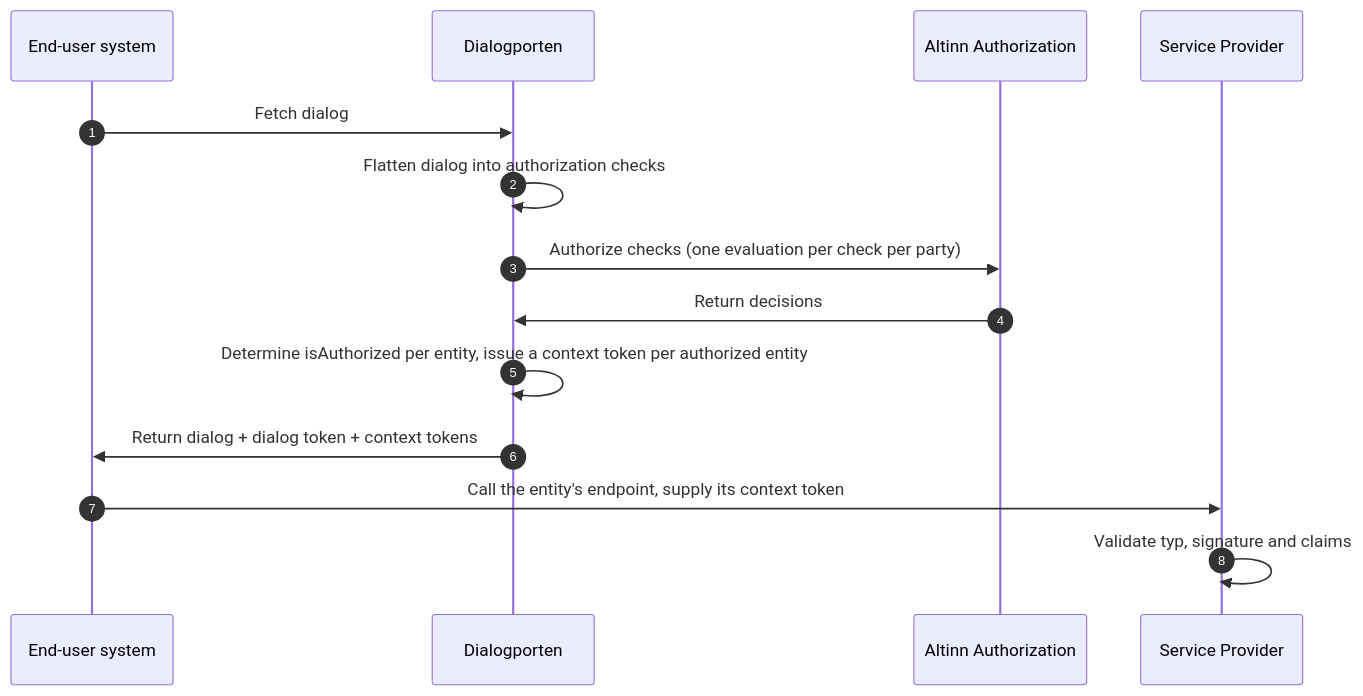
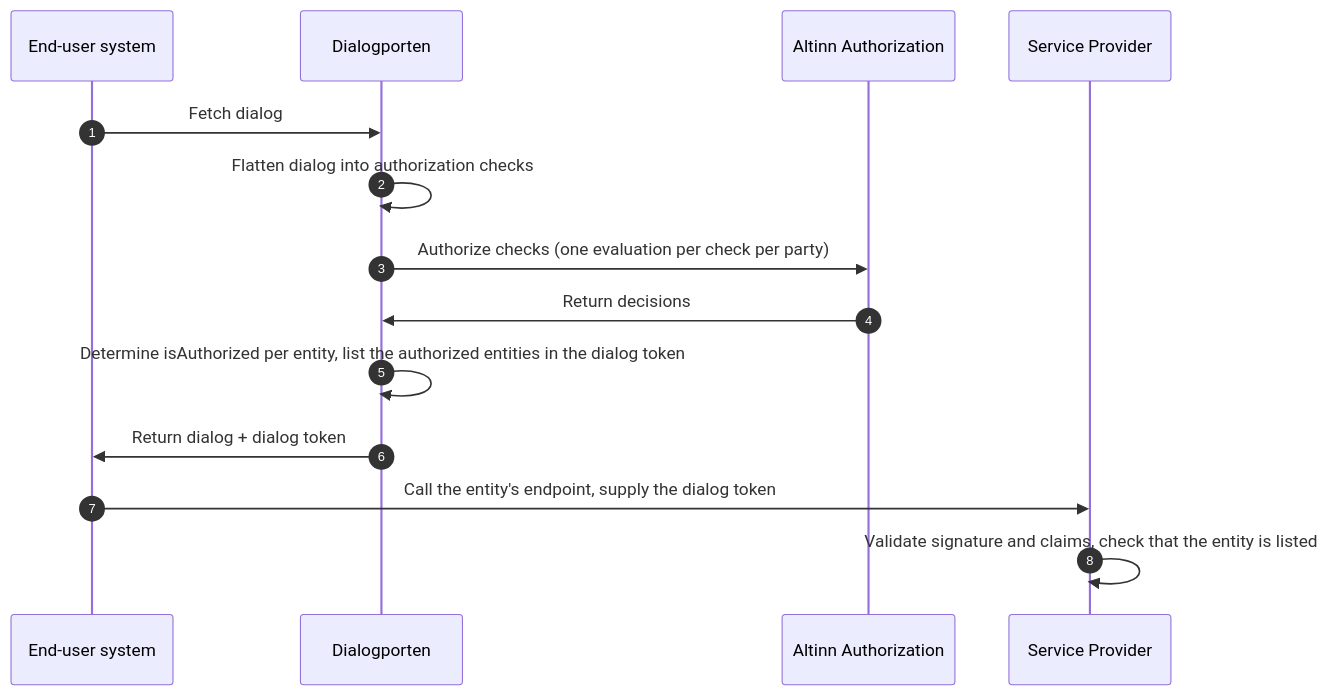
The diagram in content/dialogporten/getting-started/authorization/authorization-contexts/_index.en.md (Altinn/altinn-studio-docs), drawn with Mermaid before and after one commit. The commit also changed other lines of this file and 20 other files, not shown here.

First line of the commit message:
Replace context tokens with the dialog token's authorized entities claim

```diff
--- a/content/dialogporten/getting-started/authorization/authorization-contexts/_index.en.md
+++ b/content/dialogporten/getting-started/authorization/authorization-contexts/_index.en.md
@@ -39,16 +39,16 @@
 {{<mermaid>}}
 sequenceDiagram
 autonumber
 participant SBS as End-user system
 participant DP as Dialogporten
 participant AA as Altinn Authorization
 participant TT as Service Provider
 SBS->>DP: Fetch dialog
 DP->>DP: Flatten dialog into authorization checks
 DP->>AA: Authorize checks (one evaluation per check per party)
 AA->>DP: Return decisions
-DP->>DP: Determine isAuthorized per entity, issue a context token per authorized entity
-DP->>SBS: Return dialog + dialog token + context tokens
-SBS->>TT: Call the entity's endpoint, supply its context token
-TT->>TT: Validate typ, signature and claims
+DP->>DP: Determine isAuthorized per entity, list the authorized entities in the dialog token
+DP->>SBS: Return dialog + dialog token
+SBS->>TT: Call the entity's endpoint, supply the dialog token
+TT->>TT: Validate signature and claims, check that the entity is listed
 {{</mermaid>}}
```
